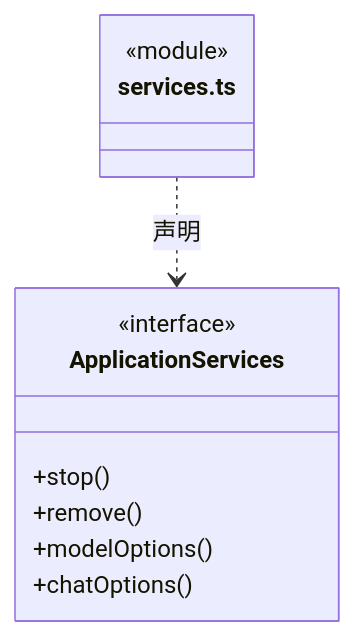
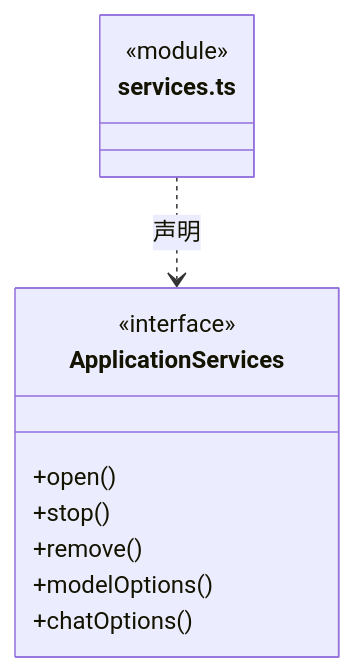
The third of 4 diagrams in src/backend/main/ipc/ARCHITECTURE.md (nan023062/cbim), drawn with Mermaid before and after one commit. The commit also changed other lines of this file and 64 other files, not shown here.

````diff
--- a/src/backend/main/ipc/ARCHITECTURE.md
+++ b/src/backend/main/ipc/ARCHITECTURE.md
@@ -63,14 +63,15 @@
 ```mermaid
 classDiagram
 class N_src_backend_main_ipc_services_ts["services.ts"] {
   <<module>>
 }
 class N_src_backend_main_ipc_services_ts_ApplicationServices["ApplicationServices"] {
   <<interface>>
+  +open()
   +stop()
   +remove()
   +modelOptions()
   +chatOptions()
 }
 N_src_backend_main_ipc_services_ts ..> N_src_backend_main_ipc_services_ts_ApplicationServices : 声明
 ```
````
